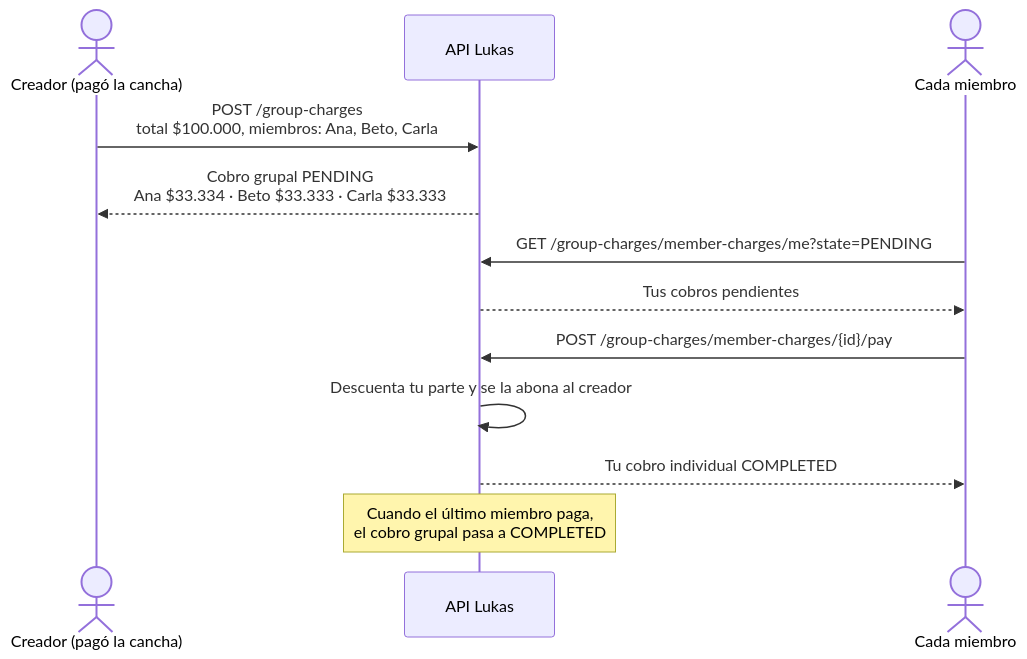
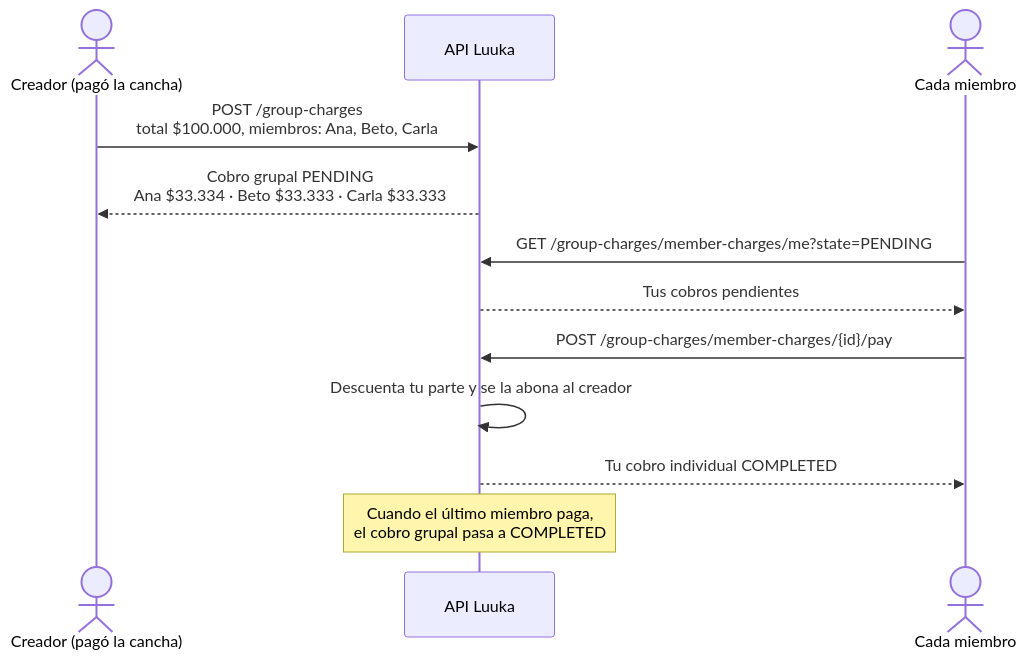
The second of 3 diagrams in backend/README.md (jdgutirod/luuka), drawn with Mermaid before and after one commit. The commit also changed other lines of this file and 74 other files, not shown here.

Commit message:
feat(frontend): implement core wallet flows, group split charges and ui views

````diff
--- a/backend/README.md
+++ b/backend/README.md
@@ -97,18 +99,18 @@
 ```mermaid
 sequenceDiagram
     actor C as Creador (pagó la cancha)
-    participant API as API Lukas
+    participant API as API Luuka
     actor M as Cada miembro
 
     C->>API: POST /group-charges<br/>total $100.000, miembros: Ana, Beto, Carla
     API-->>C: Cobro grupal PENDING<br/>Ana $33.334 · Beto $33.333 · Carla $33.333
 
     M->>API: GET /group-charges/member-charges/me?state=PENDING
     API-->>M: Tus cobros pendientes
 
     M->>API: POST /group-charges/member-charges/{id}/pay
     API->>API: Descuenta tu parte y se la abona al creador
     API-->>M: Tu cobro individual COMPLETED
 
     Note over API: Cuando el último miembro paga,<br/>el cobro grupal pasa a COMPLETED
 ```
````
